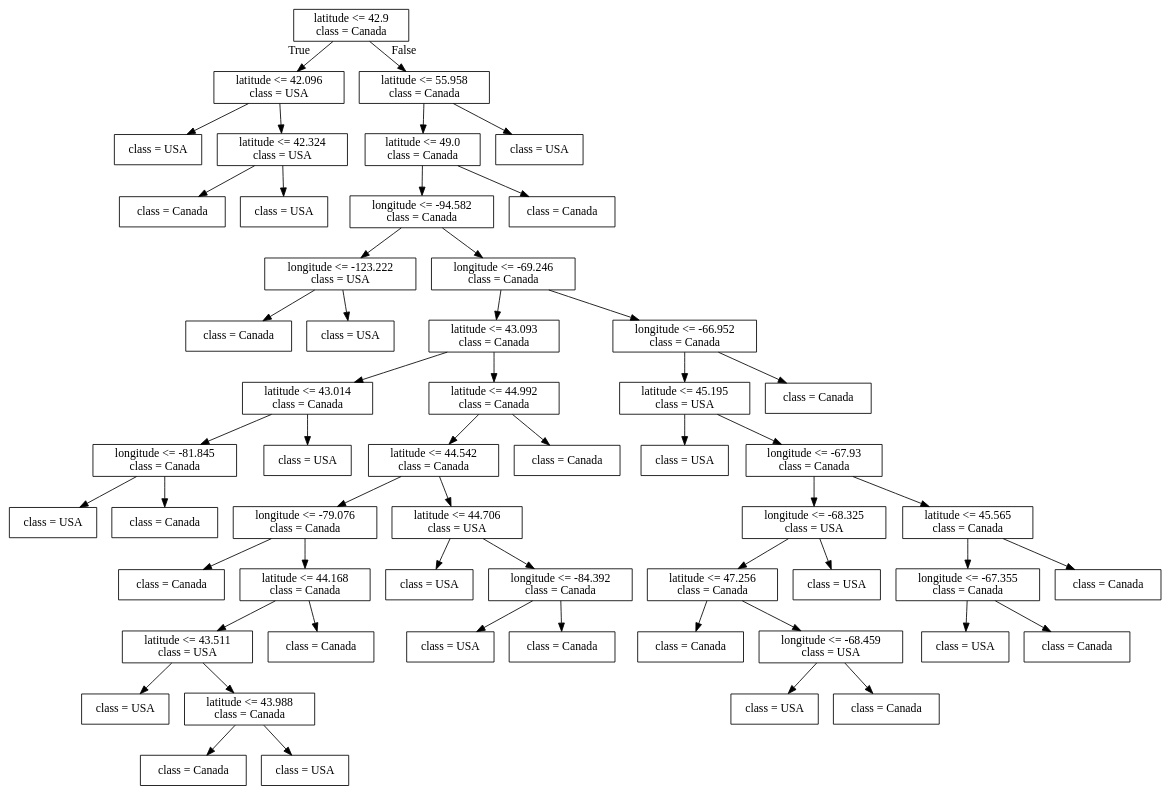
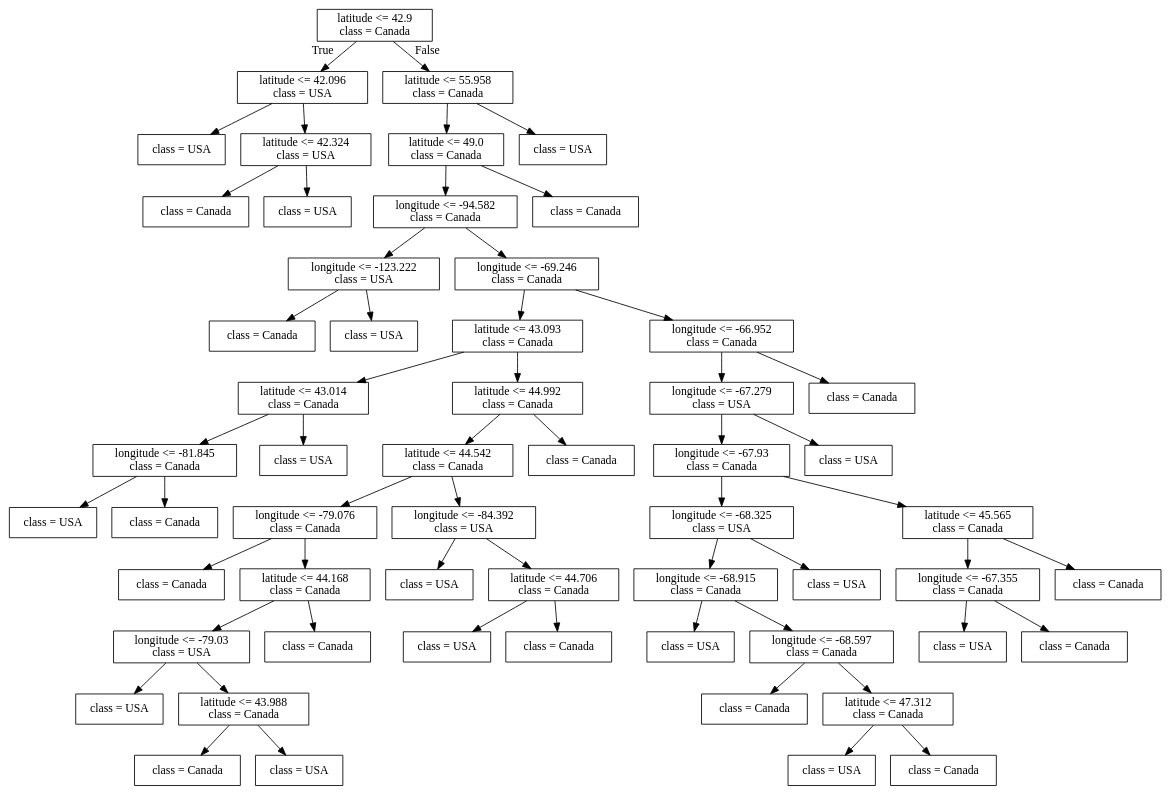
One commit to bait509-ubc/BAIT509 changed the diagram in lectures/Source.gv. Above: the diagram before and after it, drawn with Graphviz. The commit also changed 68 other files, not shown here.

```diff
--- a/lectures/Source.gv
+++ b/lectures/Source.gv
@@ -1,112 +1,116 @@
 digraph Tree {
 node [shape=box] ;
 0 [label="latitude <= 42.9\nclass = Canada"] ;
 1 [label="latitude <= 42.096\nclass = USA"] ;
 0 -> 1 [labeldistance=2.5, labelangle=45, headlabel="True"] ;
 2 [label="class = USA"] ;
 1 -> 2 ;
 3 [label="latitude <= 42.324\nclass = USA"] ;
 1 -> 3 ;
 4 [label="class = Canada"] ;
 3 -> 4 ;
 5 [label="class = USA"] ;
 3 -> 5 ;
 6 [label="latitude <= 55.958\nclass = Canada"] ;
 0 -> 6 [labeldistance=2.5, labelangle=-45, headlabel="False"] ;
 7 [label="latitude <= 49.0\nclass = Canada"] ;
 6 -> 7 ;
 8 [label="longitude <= -94.582\nclass = Canada"] ;
 7 -> 8 ;
 9 [label="longitude <= -123.222\nclass = USA"] ;
 8 -> 9 ;
 10 [label="class = Canada"] ;
 9 -> 10 ;
 11 [label="class = USA"] ;
 9 -> 11 ;
 12 [label="longitude <= -69.246\nclass = Canada"] ;
 8 -> 12 ;
 13 [label="latitude <= 43.093\nclass = Canada"] ;
 12 -> 13 ;
 14 [label="latitude <= 43.014\nclass = Canada"] ;
 13 -> 14 ;
 15 [label="longitude <= -81.845\nclass = Canada"] ;
 14 -> 15 ;
 16 [label="class = USA"] ;
 15 -> 16 ;
 17 [label="class = Canada"] ;
 15 -> 17 ;
 18 [label="class = USA"] ;
 14 -> 18 ;
 19 [label="latitude <= 44.992\nclass = Canada"] ;
 13 -> 19 ;
 20 [label="latitude <= 44.542\nclass = Canada"] ;
 19 -> 20 ;
 21 [label="longitude <= -79.076\nclass = Canada"] ;
 20 -> 21 ;
 22 [label="class = Canada"] ;
 21 -> 22 ;
 23 [label="latitude <= 44.168\nclass = Canada"] ;
 21 -> 23 ;
-24 [label="latitude <= 43.511\nclass = USA"] ;
+24 [label="longitude <= -79.03\nclass = USA"] ;
 23 -> 24 ;
 25 [label="class = USA"] ;
 24 -> 25 ;
 26 [label="latitude <= 43.988\nclass = Canada"] ;
 24 -> 26 ;
 27 [label="class = Canada"] ;
 26 -> 27 ;
 28 [label="class = USA"] ;
 26 -> 28 ;
 29 [label="class = Canada"] ;
 23 -> 29 ;
-30 [label="latitude <= 44.706\nclass = USA"] ;
+30 [label="longitude <= -84.392\nclass = USA"] ;
 20 -> 30 ;
 31 [label="class = USA"] ;
 30 -> 31 ;
-32 [label="longitude <= -84.392\nclass = Canada"] ;
+32 [label="latitude <= 44.706\nclass = Canada"] ;
 30 -> 32 ;
 33 [label="class = USA"] ;
 32 -> 33 ;
 34 [label="class = Canada"] ;
 32 -> 34 ;
 35 [label="class = Canada"] ;
 19 -> 35 ;
 36 [label="longitude <= -66.952\nclass = Canada"] ;
 12 -> 36 ;
-37 [label="latitude <= 45.195\nclass = USA"] ;
+37 [label="longitude <= -67.279\nclass = USA"] ;
 36 -> 37 ;
-38 [label="class = USA"] ;
+38 [label="longitude <= -67.93\nclass = Canada"] ;
 37 -> 38 ;
-39 [label="longitude <= -67.93\nclass = Canada"] ;
-37 -> 39 ;
-40 [label="longitude <= -68.325\nclass = USA"] ;
+39 [label="longitude <= -68.325\nclass = USA"] ;
+38 -> 39 ;
+40 [label="longitude <= -68.915\nclass = Canada"] ;
 39 -> 40 ;
-41 [label="latitude <= 47.256\nclass = Canada"] ;
+41 [label="class = USA"] ;
 40 -> 41 ;
-42 [label="class = Canada"] ;
-41 -> 42 ;
-43 [label="longitude <= -68.459\nclass = USA"] ;
-41 -> 43 ;
-44 [label="class = USA"] ;
-43 -> 44 ;
-45 [label="class = Canada"] ;
-43 -> 45 ;
-46 [label="class = USA"] ;
-40 -> 46 ;
-47 [label="latitude <= 45.565\nclass = Canada"] ;
+42 [label="longitude <= -68.597\nclass = Canada"] ;
+40 -> 42 ;
+43 [label="class = Canada"] ;
+42 -> 43 ;
+44 [label="latitude <= 47.312\nclass = Canada"] ;
+42 -> 44 ;
+45 [label="class = USA"] ;
+44 -> 45 ;
+46 [label="class = Canada"] ;
+44 -> 46 ;
+47 [label="class = USA"] ;
 39 -> 47 ;
-48 [label="longitude <= -67.355\nclass = Canada"] ;
-47 -> 48 ;
-49 [label="class = USA"] ;
+48 [label="latitude <= 45.565\nclass = Canada"] ;
+38 -> 48 ;
+49 [label="longitude <= -67.355\nclass = Canada"] ;
 48 -> 49 ;
-50 [label="class = Canada"] ;
-48 -> 50 ;
+50 [label="class = USA"] ;
+49 -> 50 ;
 51 [label="class = Canada"] ;
-47 -> 51 ;
+49 -> 51 ;
 52 [label="class = Canada"] ;
-36 -> 52 ;
-53 [label="class = Canada"] ;
-7 -> 53 ;
-54 [label="class = USA"] ;
-6 -> 54 ;
+48 -> 52 ;
+53 [label="class = USA"] ;
+37 -> 53 ;
+54 [label="class = Canada"] ;
+36 -> 54 ;
+55 [label="class = Canada"] ;
+7 -> 55 ;
+56 [label="class = USA"] ;
+6 -> 56 ;
 }
```
